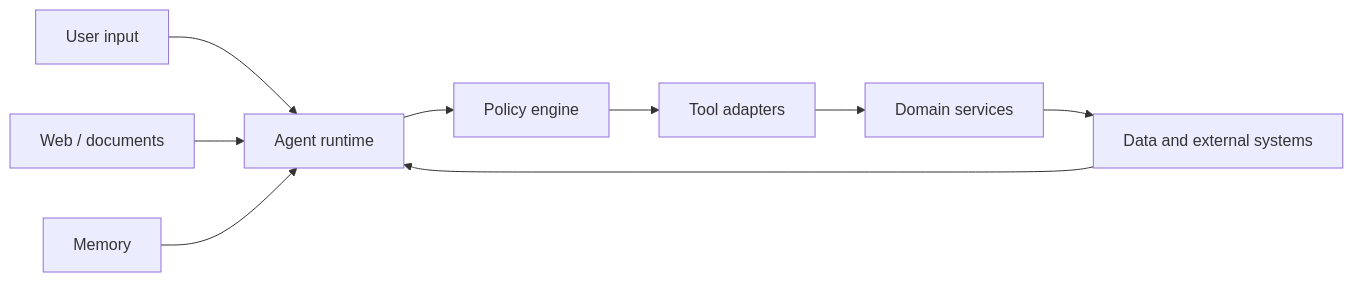
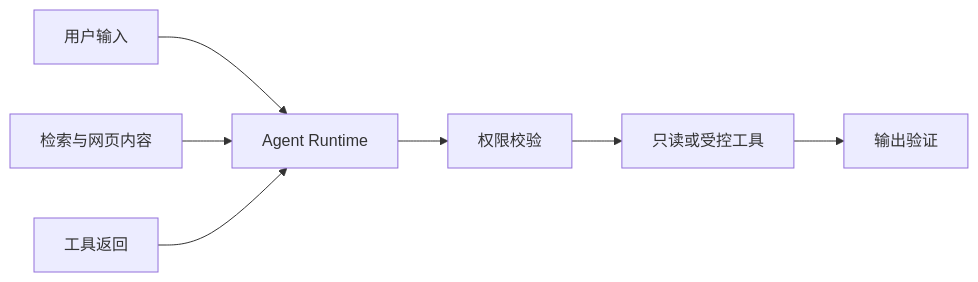
The diagram in docs/ai-agent/agent-security-permissions.md (upJiang/jiang-blog-vitepress), drawn with Mermaid before and after one commit. The commit also changed other lines of this file and 164 other files, not shown here.

````diff
--- a/docs/ai-agent/agent-security-permissions.md
+++ b/docs/ai-agent/agent-security-permissions.md
@@ -22,11 +19,9 @@
 ```mermaid
 flowchart LR
-  U[User input] --> A[Agent runtime]
-  W[Web / documents] --> A
-  M[Memory] --> A
-  A --> P[Policy engine]
-  P --> T[Tool adapters]
-  T --> D[Domain services]
-  D --> X[Data and external systems]
-  X --> A
+  A[用户输入] --> D[Agent Runtime]
+  B[检索与网页内容] --> D
+  C[工具返回] --> D
+  D --> E[权限校验]
+  E --> F[只读或受控工具]
+  F --> G[输出验证]
 ```
````
